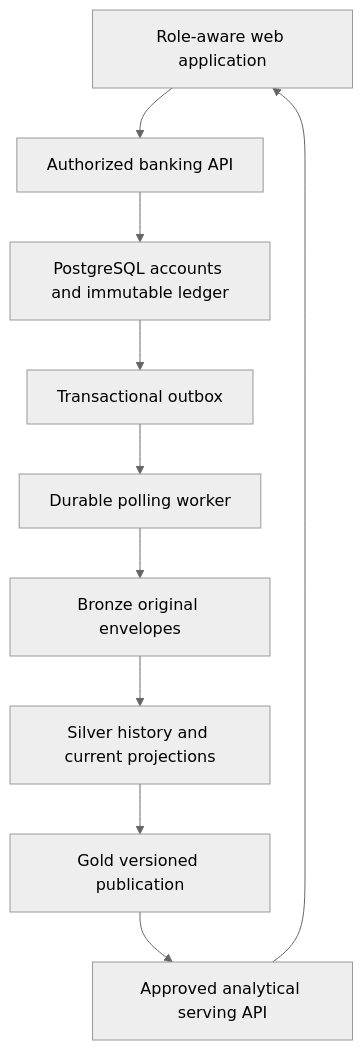
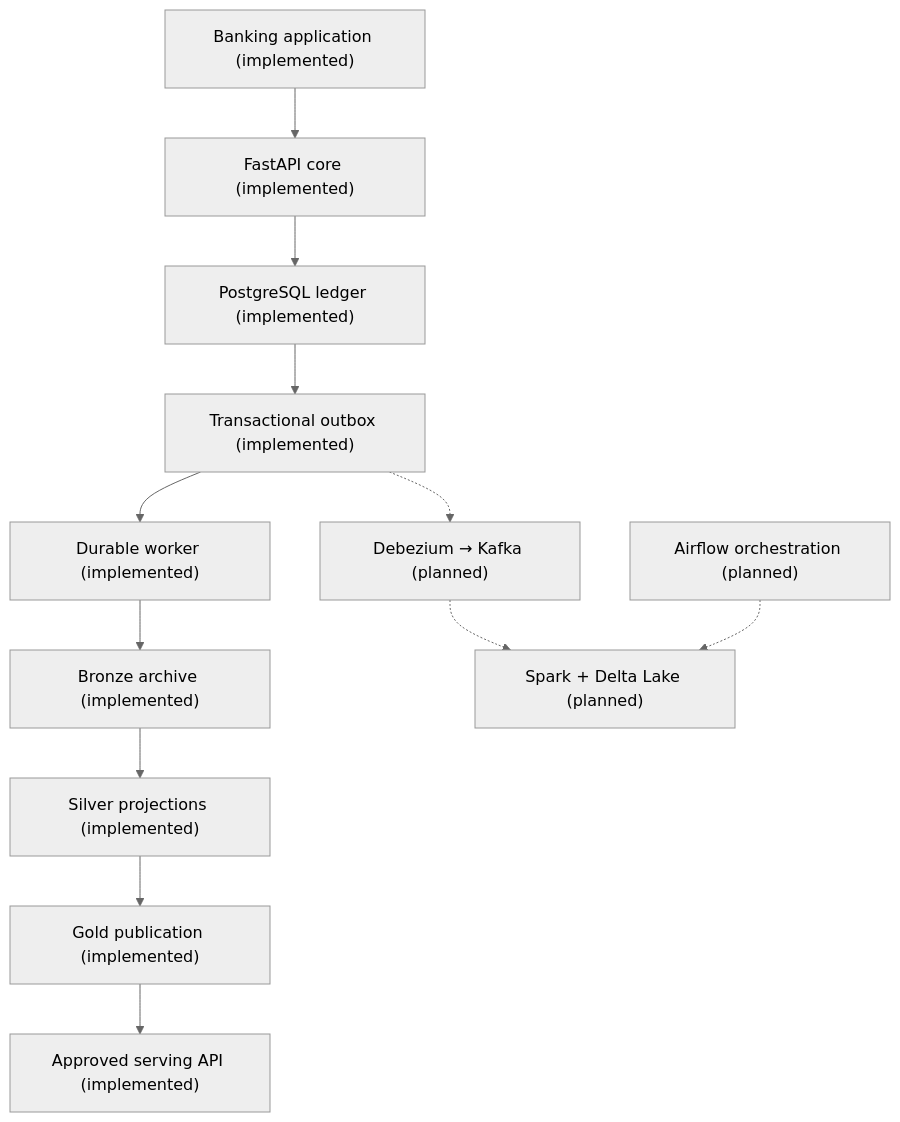
The second of 2 diagrams in README.md (subhanjandas/maple-harbour-bank), drawn with Mermaid (neutral theme) before and after one commit. The commit also changed other lines of this file and 34 other files, not shown here.

Commit message:
feat: live banking observatory with durable seeded activity and actual lineage

````diff
--- a/README.md
+++ b/README.md
@@ -53,12 +98,26 @@
 ```mermaid
 flowchart TD
-  Web["Role-aware web application"] --> API["Authorized banking API"]
-  API --> Core["PostgreSQL accounts and immutable ledger"]
-  Core --> Outbox["Transactional outbox"]
-  Outbox --> Worker["Durable polling worker"]
-  Worker --> Bronze["Bronze original envelopes"]
-  Bronze --> Silver["Silver history and current projections"]
-  Silver --> Gold["Gold versioned publication"]
-  Gold --> Serving["Approved analytical serving API"]
-  Serving --> Web
+  web["Banking application (implemented)"]
+  api["FastAPI core (implemented)"]
+  core["PostgreSQL ledger (implemented)"]
+  outbox["Transactional outbox (implemented)"]
+  worker["Durable worker (implemented)"]
+  bronze["Bronze archive (implemented)"]
+  silver["Silver projections (implemented)"]
+  gold["Gold publication (implemented)"]
+  serving["Approved serving API (implemented)"]
+  cdc["Debezium → Kafka (planned)"]
+  delta["Spark + Delta Lake (planned)"]
+  airflow["Airflow orchestration (planned)"]
+  web --> api
+  api --> core
+  core --> outbox
+  outbox --> worker
+  worker --> bronze
+  bronze --> silver
+  silver --> gold
+  gold --> serving
+  outbox -.-> cdc
+  cdc -.-> delta
+  airflow -.-> delta
 ```
````
